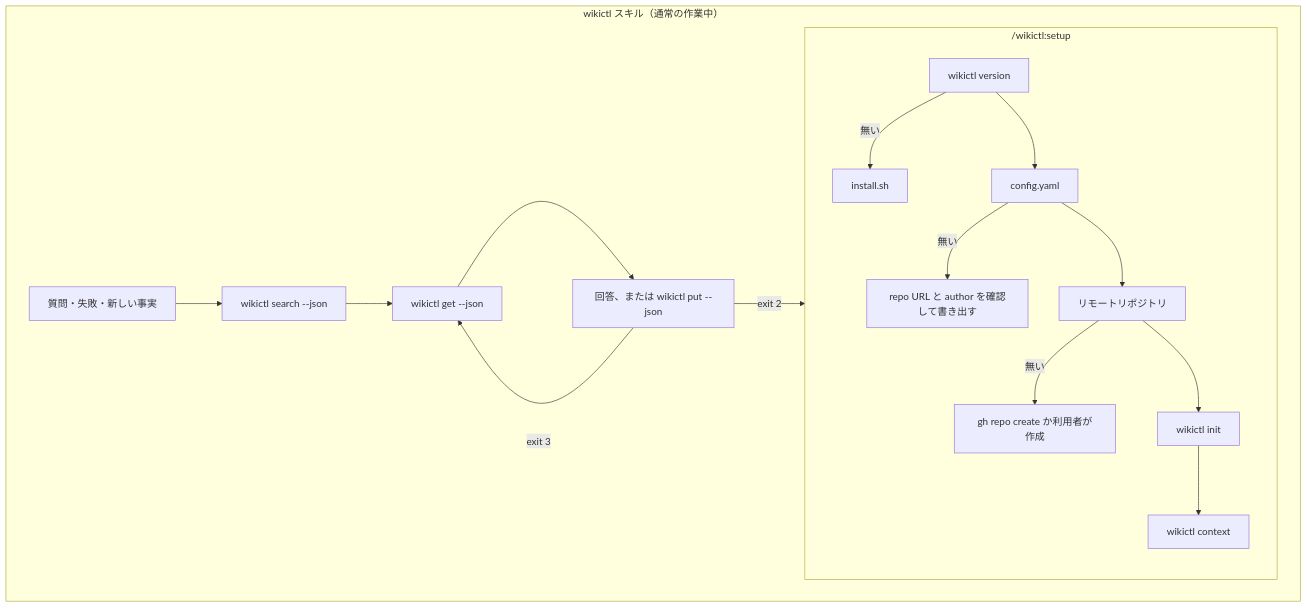
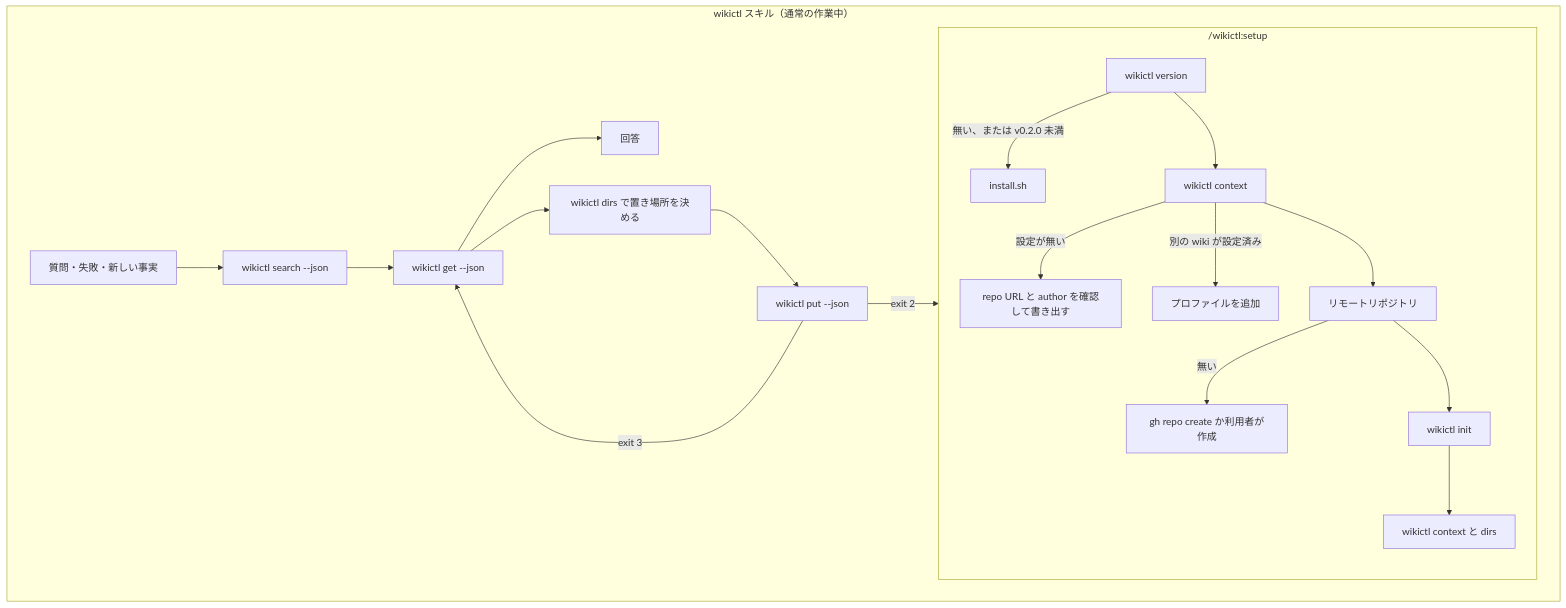
Before and after one commit to roamer7038/wikictl-claude-plugin: the diagram in README.ja.md, drawn with Mermaid. The commit also changed other lines of this file and 3 other files, not shown here.

````diff
--- a/README.ja.md
+++ b/README.ja.md
@@ -31,16 +31,19 @@
 ```mermaid
 flowchart TD
     subgraph setup["/wikictl:setup"]
-        S1[wikictl version] -->|無い| S1a[install.sh]
-        S1 --> S2[config.yaml] -->|無い| S2a[repo URL と author を確認して書き出す]
+        S1[wikictl version] -->|無い、または v0.2.0 未満| S1a[install.sh]
+        S1 --> S2[wikictl context] -->|設定が無い| S2a[repo URL と author を確認して書き出す]
+        S2 -->|別の wiki が設定済み| S2b[プロファイルを追加]
         S2 --> S3[リモートリポジトリ] -->|無い| S3a[gh repo create か利用者が作成]
-        S3 --> S4[wikictl init] --> S5[wikictl context]
+        S3 --> S4[wikictl init] --> S5[wikictl context と dirs]
     end
     subgraph use["wikictl スキル（通常の作業中）"]
         U1[質問・失敗・新しい事実] --> U2[wikictl search --json]
         U2 --> U3[wikictl get --json]
-        U3 --> U4[回答、または wikictl put --json]
-        U4 -->|exit 3| U3
-        U4 -->|exit 2| setup
+        U3 --> U4[回答]
+        U3 --> U5[wikictl dirs で置き場所を決める]
+        U5 --> U6[wikictl put --json]
+        U6 -->|exit 3| U3
+        U6 -->|exit 2| setup
     end
 ```
````
